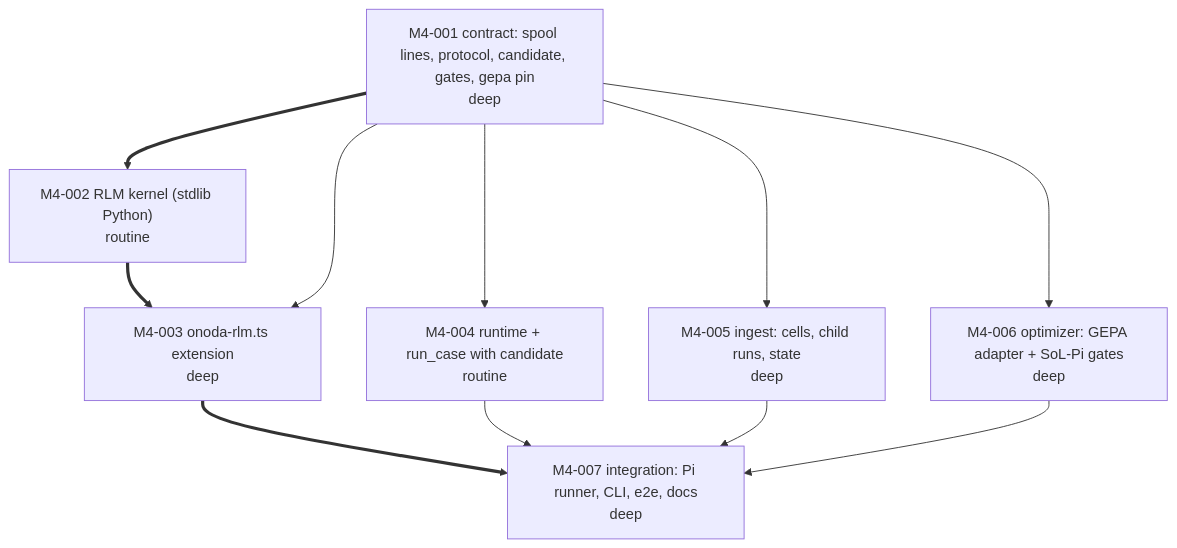
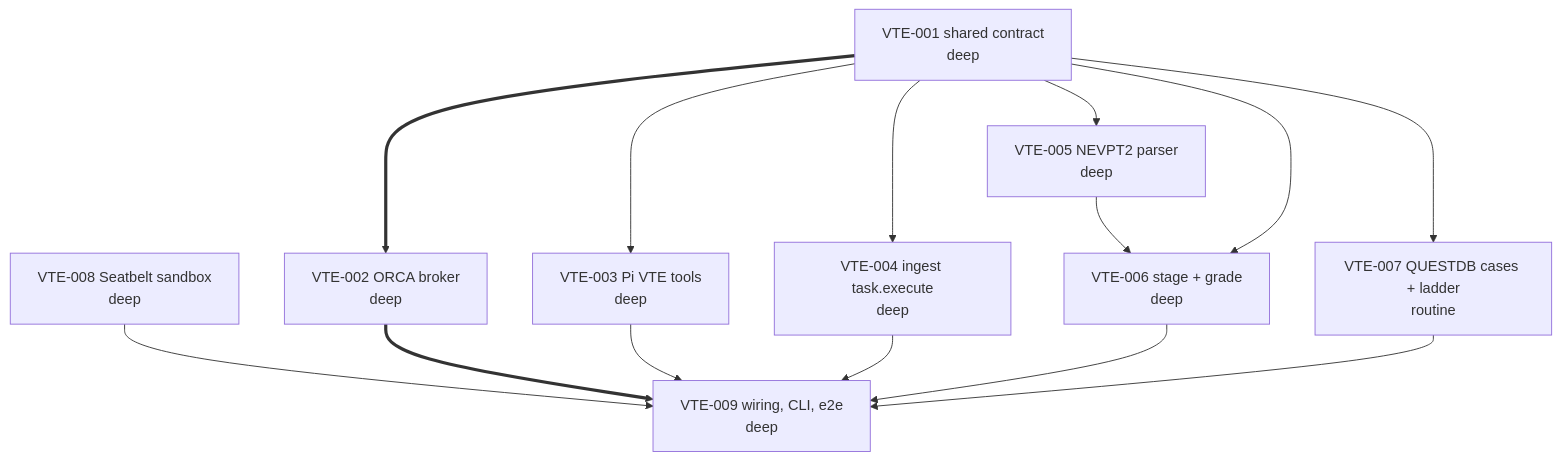
One commit to vu1n/onoda changed the diagram in PLAN.md. Above: the diagram before and after it, drawn with Mermaid. The commit also changed other lines of this file, not shown here.

Commit message:
Plan the QUESTDB agent slice

````diff
--- a/PLAN.md
+++ b/PLAN.md
@@ -284,20 +356,16 @@
 ```mermaid
 flowchart TD
-    M4_001["M4-001 contract: spool lines, protocol, candidate, gates, gepa pin<br/>deep"]
-    M4_002["M4-002 RLM kernel (stdlib Python)<br/>routine"]
-    M4_003["M4-003 onoda-rlm.ts extension<br/>deep"]
-    M4_004["M4-004 runtime + run_case with candidate<br/>routine"]
-    M4_005["M4-005 ingest: cells, child runs, state<br/>deep"]
-    M4_006["M4-006 optimizer: GEPA adapter + SoL-Pi gates<br/>deep"]
-    M4_007["M4-007 integration: Pi runner, CLI, e2e, docs<br/>deep"]
-    M4_001 ==> M4_002
-    M4_002 ==> M4_003
-    M4_001 --> M4_003
-    M4_001 --> M4_004
-    M4_001 --> M4_005
-    M4_001 --> M4_006
-    M4_003 ==> M4_007
-    M4_004 --> M4_007
-    M4_005 --> M4_007
-    M4_006 --> M4_007
+    VTE_001["VTE-001 shared contract<br/>deep"] ==> VTE_002["VTE-002 ORCA broker<br/>deep"]
+    VTE_001 --> VTE_003["VTE-003 Pi VTE tools<br/>deep"]
+    VTE_001 --> VTE_004["VTE-004 ingest task.execute<br/>deep"]
+    VTE_001 --> VTE_005["VTE-005 NEVPT2 parser<br/>deep"]
+    VTE_001 --> VTE_007["VTE-007 QUESTDB cases + ladder<br/>routine"]
+    VTE_005 --> VTE_006["VTE-006 stage + grade<br/>deep"]
+    VTE_001 --> VTE_006
+    VTE_008["VTE-008 Seatbelt sandbox<br/>deep"] --> VTE_009
+    VTE_002 ==> VTE_009["VTE-009 wiring, CLI, e2e<br/>deep"]
+    VTE_003 --> VTE_009
+    VTE_004 --> VTE_009
+    VTE_006 --> VTE_009
+    VTE_007 --> VTE_009
 ```
````
